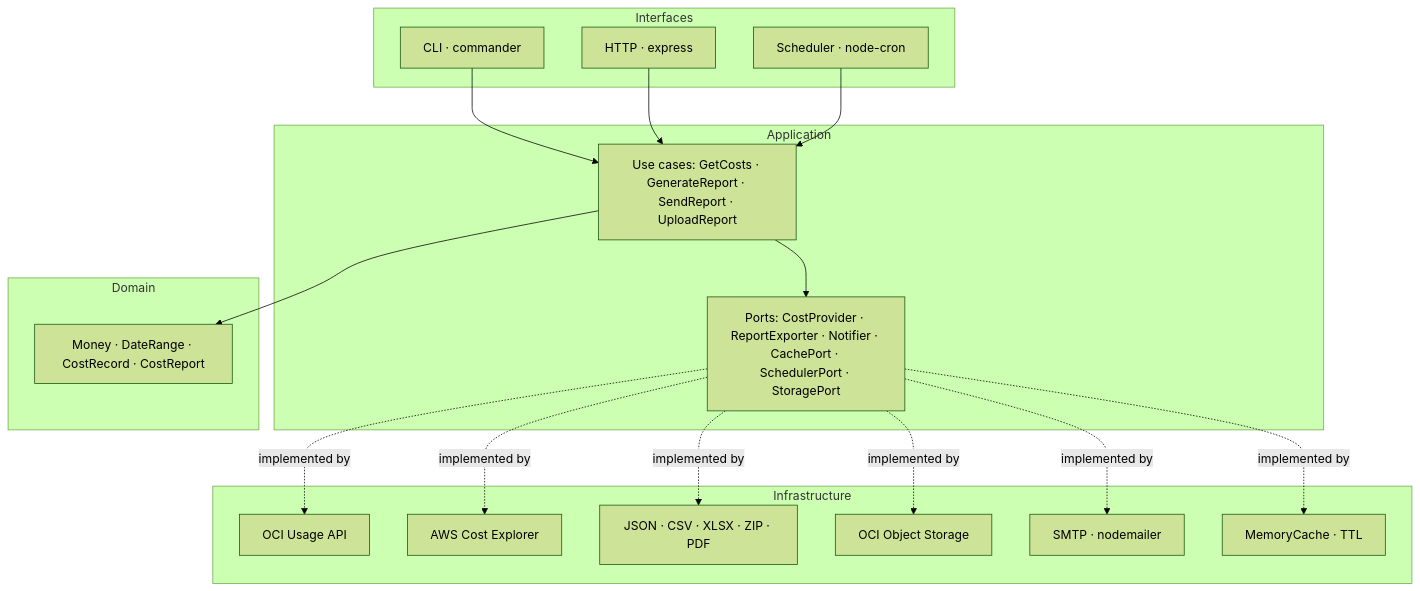
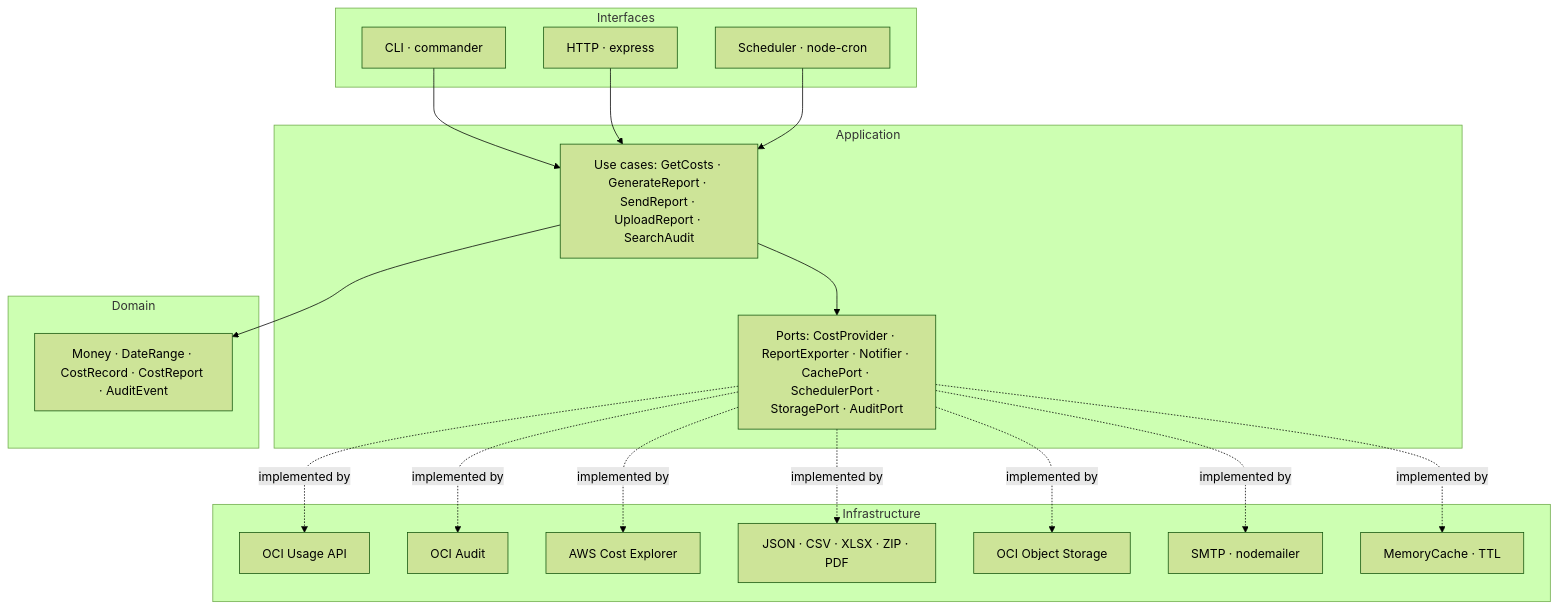
One commit to josuejcalazans/cloudcost changed the diagram in README.md. Above: the diagram before and after it, drawn with Mermaid (forest theme). The commit also changed other lines of this file and 15 other files, not shown here.

First line of the commit message:
feat(audit): add cloudcost audit command for the OCI audit trail

````diff
--- a/README.md
+++ b/README.md
@@ -146,34 +198,36 @@
 ```mermaid
 graph TD
   subgraph Interfaces
     CLI[CLI · commander]
     HTTP[HTTP · express]
     CRON[Scheduler · node-cron]
   end
   subgraph Application
-    UC["Use cases: GetCosts · GenerateReport · SendReport · UploadReport"]
-    PORTS["Ports: CostProvider · ReportExporter · Notifier · CachePort · SchedulerPort · StoragePort"]
+    UC["Use cases: GetCosts · GenerateReport · SendReport · UploadReport · SearchAudit"]
+    PORTS["Ports: CostProvider · ReportExporter · Notifier · CachePort · SchedulerPort · StoragePort · AuditPort"]
   end
   subgraph Domain
-    DOM["Money · DateRange · CostRecord · CostReport"]
+    DOM["Money · DateRange · CostRecord · CostReport · AuditEvent"]
   end
   subgraph Infrastructure
     OCI["OCI Usage API"]
+    AUDIT["OCI Audit"]
     AWS["AWS Cost Explorer"]
     EXP["JSON · CSV · XLSX · ZIP · PDF"]
     S3["OCI Object Storage"]
     SMTP["SMTP · nodemailer"]
     MEM["MemoryCache · TTL"]
   end
   CLI --> UC
   HTTP --> UC
   CRON --> UC
   UC --> DOM
   UC --> PORTS
   PORTS -. implemented by .-> OCI
+  PORTS -. implemented by .-> AUDIT
   PORTS -. implemented by .-> AWS
   PORTS -. implemented by .-> EXP
   PORTS -. implemented by .-> SMTP
   PORTS -. implemented by .-> S3
   PORTS -. implemented by .-> MEM
 ```
````
